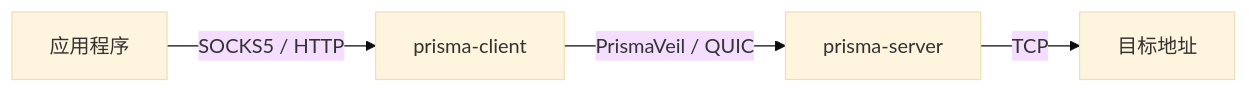
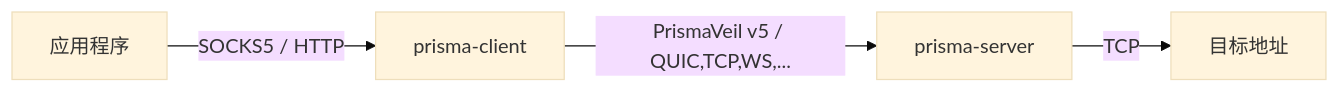
The first of 3 diagrams in prisma-docs/i18n/zh-Hans/docusaurus-plugin-content-docs/current/introduction.md (prisma-proxy/prisma), drawn with Mermaid (base theme) before and after one commit. The commit also changed other lines of this file and 38 other files, not shown here.

````diff
--- a/prisma-docs/i18n/zh-Hans/docusaurus-plugin-content-docs/current/introduction.md
+++ b/prisma-docs/i18n/zh-Hans/docusaurus-plugin-content-docs/current/introduction.md
@@ -66,6 +116,6 @@
 ```mermaid
 graph LR
     A[应用程序] -->|SOCKS5 / HTTP| B[prisma-client]
-    B -->|PrismaVeil / QUIC| C[prisma-server]
+    B -->|PrismaVeil v5 / QUIC,TCP,WS,...| C[prisma-server]
     C -->|TCP| D[目标地址]
 ```
````
